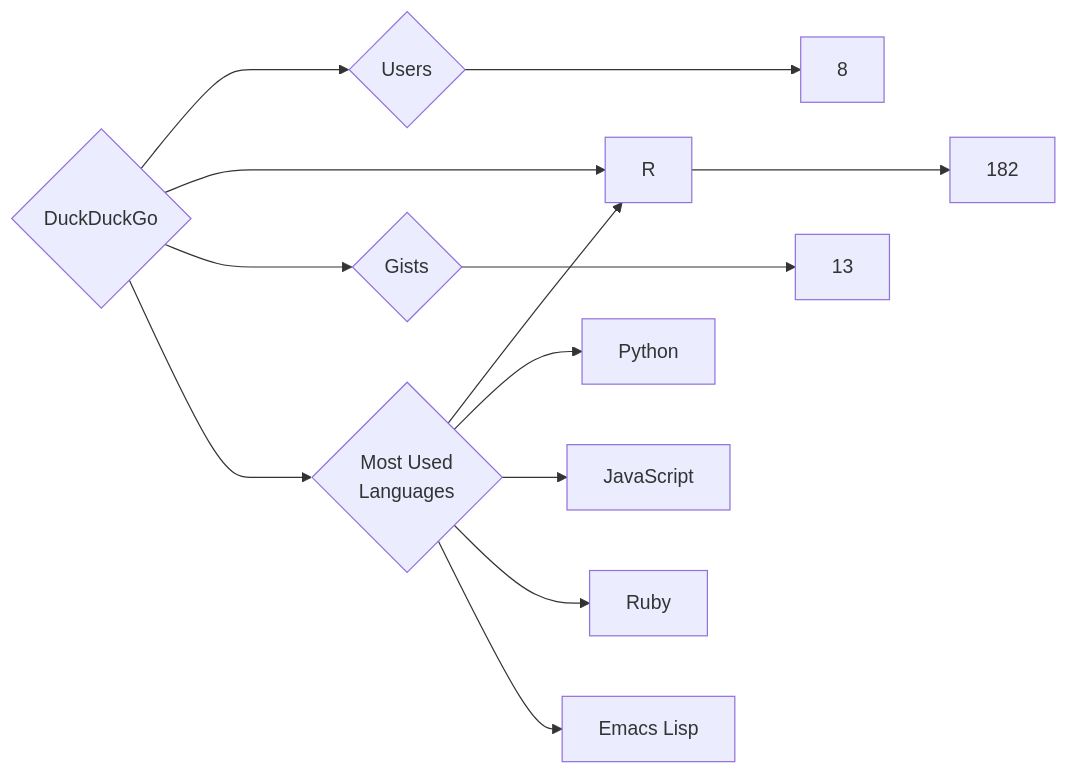
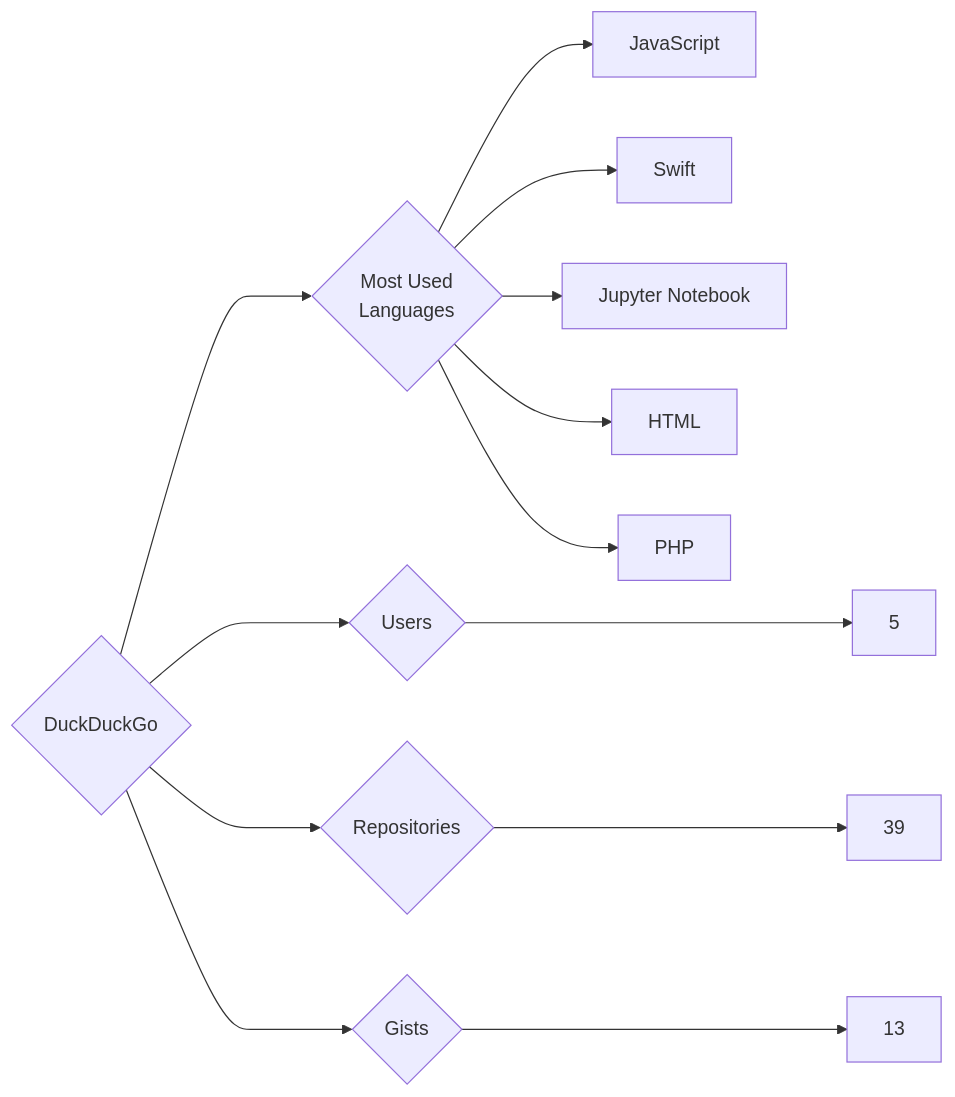
Before and after one commit to trickest/insiders: the diagram in targets/DuckDuckGo/README.md, drawn with Mermaid. The commit also changed 1003 other files, not shown here.

````diff
--- a/targets/DuckDuckGo/README.md
+++ b/targets/DuckDuckGo/README.md
@@ -3,13 +3,13 @@
 ```mermaid
 graph LR
 COMPANY_NAME{DuckDuckGo}
-COMPANY_NAME ---> U{Users} ---> UN[8]
-COMPANY_NAME ---> R{Repositories} ---> RN[182]
+COMPANY_NAME ---> U{Users} ---> UN[5]
+COMPANY_NAME ---> R{Repositories} ---> RN[39]
 COMPANY_NAME ---> G{Gists} ---> GN[13]
 COMPANY_NAME ---> ML{Most Used<br>Languages}
-ML --> R[R]
-ML --> Python[Python]
 ML --> JavaScript[JavaScript]
-ML --> Ruby[Ruby]
-ML --> Emacs_Lisp[Emacs Lisp]
+ML --> Swift[Swift]
+ML --> Jupyter_Notebook[Jupyter Notebook]
+ML --> HTML[HTML]
+ML --> PHP[PHP]
 ```
````
